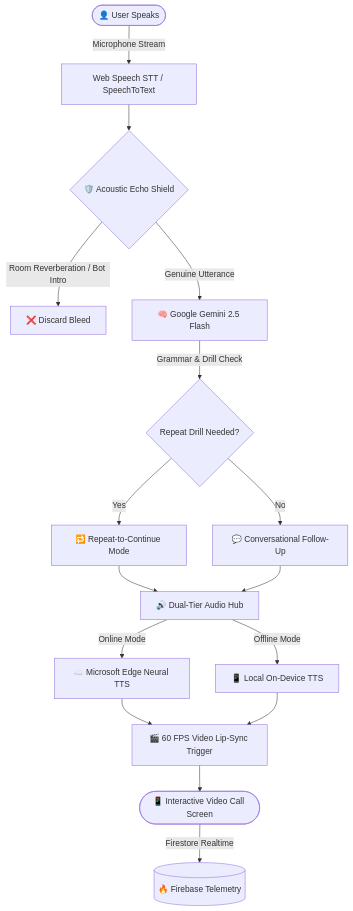
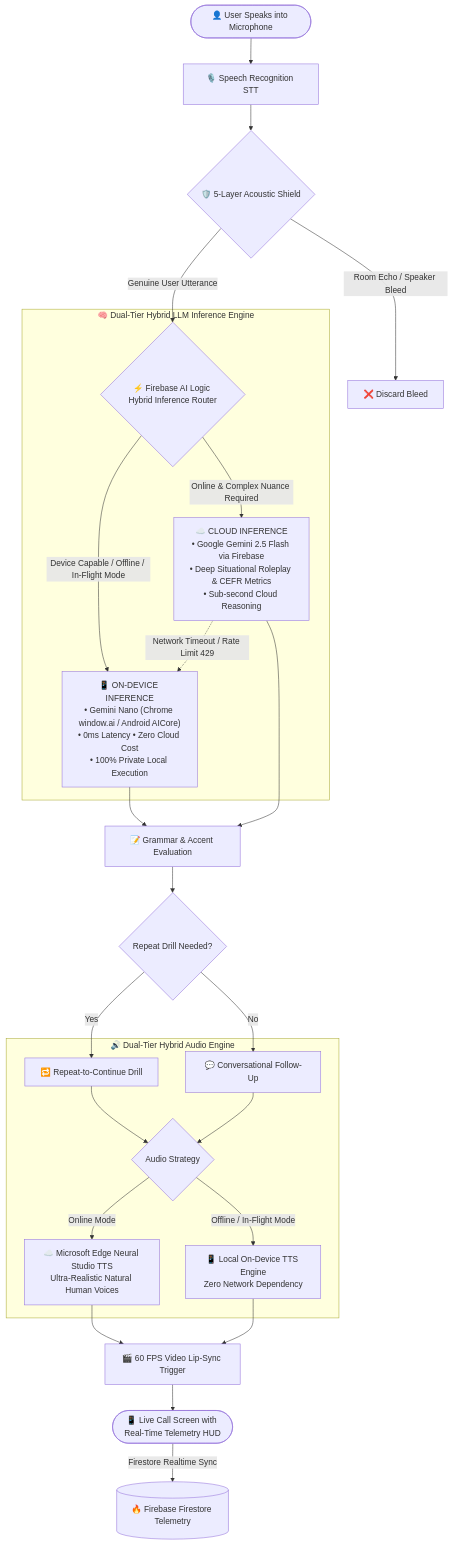
Before and after one commit to janiya2/speakflow-hybrid-ai: the diagram in README.md, drawn with Mermaid. The commit also changed other lines of this file, not shown here.

Commit message:
docs: update architecture to highlight Firebase AI Logic hybrid inference router (Gemini Nano on-device + Gemini 2.5 Flash cloud)

````diff
--- a/README.md
+++ b/README.md
@@ -39,23 +18,33 @@
 ```mermaid
 flowchart TD
-    User([👤 User Speaks]) -->|Microphone Stream| STT[Web Speech STT / SpeechToText]
-    STT --> Shield{🛡️ Acoustic Echo Shield}
-    Shield -->|Room Reverberation / Bot Intro| Discard[❌ Discard Bleed]
-    Shield -->|Genuine Utterance| Gemini[🧠 Google Gemini 2.5 Flash]
+    User([👤 User Speaks into Microphone]) --> STT[🎙️ Speech Recognition STT]
+    STT --> Shield{🛡️ 5-Layer Acoustic Shield}
+    Shield -->|Room Echo / Speaker Bleed| Discard[❌ Discard Bleed]
+    Shield -->|Genuine User Utterance| Router{⚡ Firebase AI Logic Hybrid Inference Router}
     
-    Gemini -->|Grammar & Drill Check| Drill{Repeat Drill Needed?}
-    Drill -->|Yes| LockDrill[🔁 Repeat-to-Continue Mode]
-    Drill -->|No| PromptNext[💬 Conversational Follow-Up]
+    subgraph HYBRID_INFERENCE_ENGINE ["🧠 Dual-Tier Hybrid LLM Inference Engine"]
+        Router -->|Device Capable / Offline / In-Flight Mode| Nano["📱 ON-DEVICE INFERENCE\n• Gemini Nano (Chrome window.ai / Android AICore)\n• 0ms Latency • Zero Cloud Cost\n• 100% Private Local Execution"]
+        Router -->|Online & Complex Nuance Required| Cloud["☁️ CLOUD INFERENCE\n• Google Gemini 2.5 Flash via Firebase\n• Deep Situational Roleplay & CEFR Metrics\n• Sub-second Cloud Reasoning"]
+        Cloud -.->|Network Timeout / Rate Limit 429| Nano
+    end
     
-    LockDrill --> AudioHub[🔊 Dual-Tier Audio Hub]
-    PromptNext --> AudioHub
+    Nano --> Feedback[📝 Grammar & Accent Evaluation]
+    Cloud --> Feedback
     
-    AudioHub -->|Online Mode| EdgeTTS[☁️ Microsoft Edge Neural TTS]
-    AudioHub -->|Offline Mode| DeviceTTS[📱 Local On-Device TTS]
+    Feedback --> DrillCheck{Repeat Drill Needed?}
+    DrillCheck -->|Yes| DrillMode[🔁 Repeat-to-Continue Drill]
+    DrillCheck -->|No| FollowUp[💬 Conversational Follow-Up]
+    
+    subgraph DUAL_TIER_AUDIO ["🔊 Dual-Tier Hybrid Audio Engine"]
+        DrillMode --> AudioRouter{Audio Strategy}
+        FollowUp --> AudioRouter
+        AudioRouter -->|Online Mode| EdgeTTS[☁️ Microsoft Edge Neural Studio TTS\nUltra-Realistic Natural Human Voices]
+        AudioRouter -->|Offline / In-Flight Mode| LocalTTS[📱 Local On-Device TTS Engine\nZero Network Dependency]
+    end
     
     EdgeTTS --> VideoSync[🎬 60 FPS Video Lip-Sync Trigger]
-    DeviceTTS --> VideoSync
+    LocalTTS --> VideoSync
     
-    VideoSync --> UI([📱 Interactive Video Call Screen])
-    UI -->|Firestore Realtime| Analytics[(🔥 Firebase Telemetry)]
+    VideoSync --> UI([📱 Live Call Screen with Real-Time Telemetry HUD])
+    UI -->|Firestore Realtime Sync| Telemetry[(🔥 Firebase Firestore Telemetry)]
 ```
````
